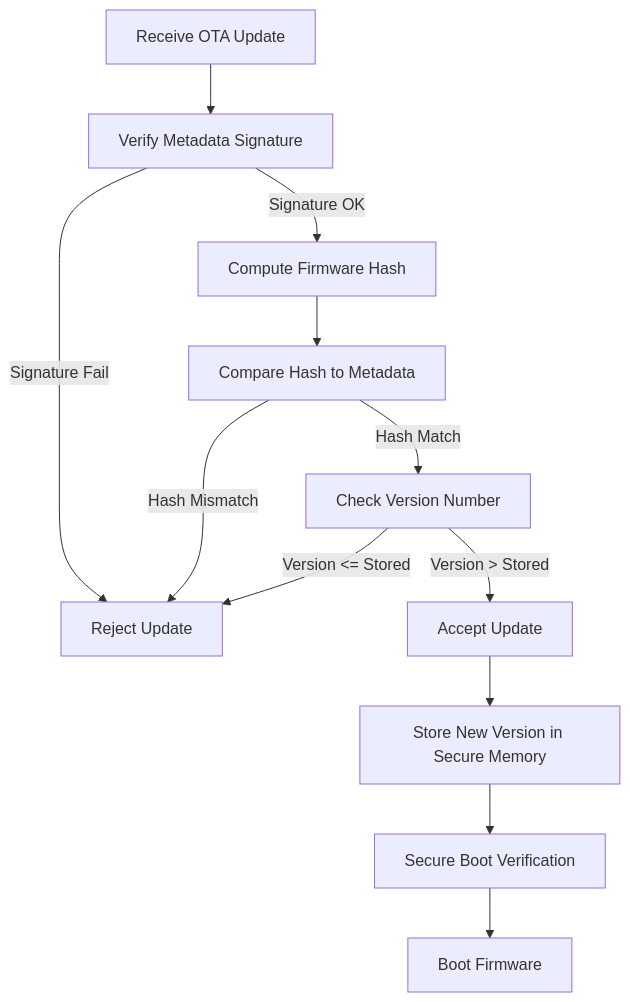
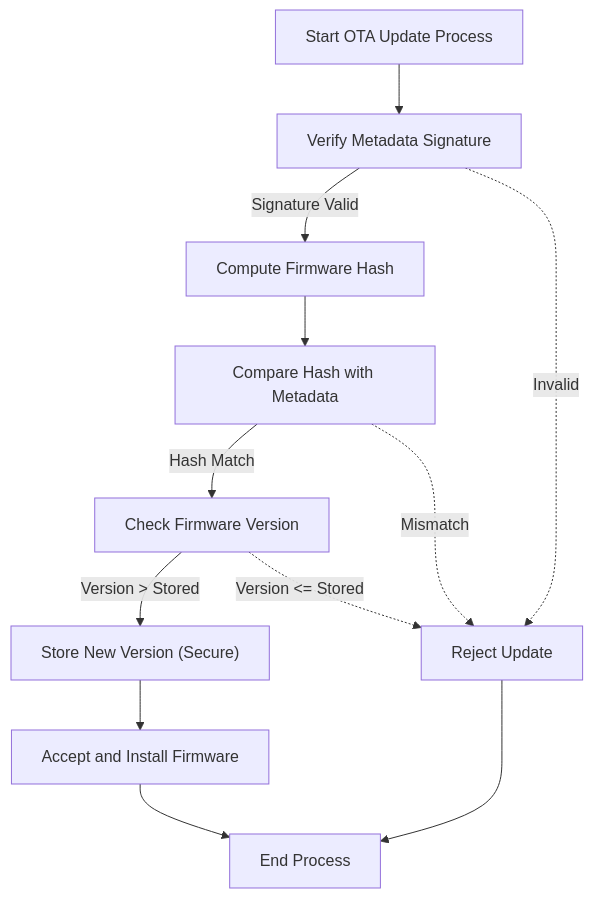
The first of 3 diagrams in outputs/03_protection-rollback_doc.md (CagriCatik/Clarion), drawn with Mermaid before and after one commit. The commit also changed other lines of this file and 11 other files, not shown here.

Commit message:
bugfix: app.tsx robust mermaid rendering

````diff
--- a/outputs/03_protection-rollback_doc.md
+++ b/outputs/03_protection-rollback_doc.md
@@ -29,25 +23,24 @@
 ```mermaid
 graph TD
-    Recv_Update["Receive OTA Update"]
-    Verify_Sig["Verify Metadata Signature"]
-    Compute_Hash["Compute Firmware Hash"]
-    Compare_Hash["Compare Hash to Metadata"]
-    Check_Version["Check Version Number"]
+    Start["Start OTA Update Process"]
+    VerifySig["Verify Metadata Signature"]
+    ComputeHash["Compute Firmware Hash"]
+    CompareHash["Compare Hash with Metadata"]
+    VersionCheck["Check Firmware Version"]
+    StoreVersion["Store New Version (Secure)"]
+    Accept["Accept and Install Firmware"]
     Reject["Reject Update"]
-    Accept["Accept Update"]
-    Store_Version["Store New Version in Secure Memory"]
-    Secure_Boot["Secure Boot Verification"]
-    Boot_Firmware["Boot Firmware"]
+    End["End Process"]
 
-    Recv_Update --> Verify_Sig
-    Verify_Sig -- "Signature OK" --> Compute_Hash
-    Verify_Sig -- "Signature Fail" --> Reject
-    Compute_Hash --> Compare_Hash
-    Compare_Hash -- "Hash Match" --> Check_Version
-    Compare_Hash -- "Hash Mismatch" --> Reject
-    Check_Version -- "Version > Stored" --> Accept
-    Check_Version -- "Version <= Stored" --> Reject
-    Accept --> Store_Version
-    Store_Version --> Secure_Boot
-    Secure_Boot --> Boot_Firmware
-```
+    Start --> VerifySig
+    VerifySig -- "Signature Valid" --> ComputeHash
+    VerifySig -. "Invalid" .-> Reject
+    ComputeHash --> CompareHash
+    CompareHash -- "Hash Match" --> VersionCheck
+    CompareHash -. "Mismatch" .-> Reject
+    VersionCheck -- "Version > Stored" --> StoreVersion
+    VersionCheck -. "Version <= Stored" .-> Reject
+    StoreVersion --> Accept
+    Accept --> End
+    Reject --> End
+``` 
````
